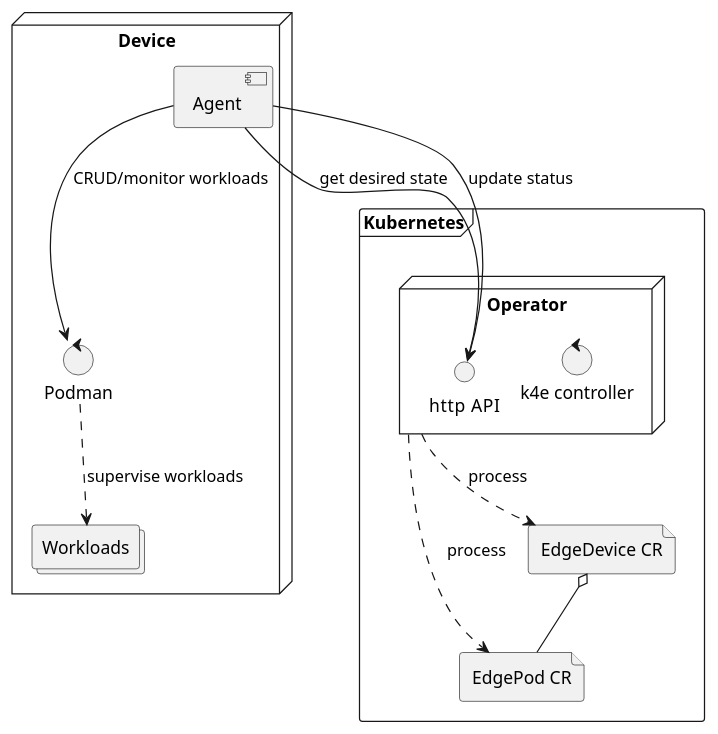
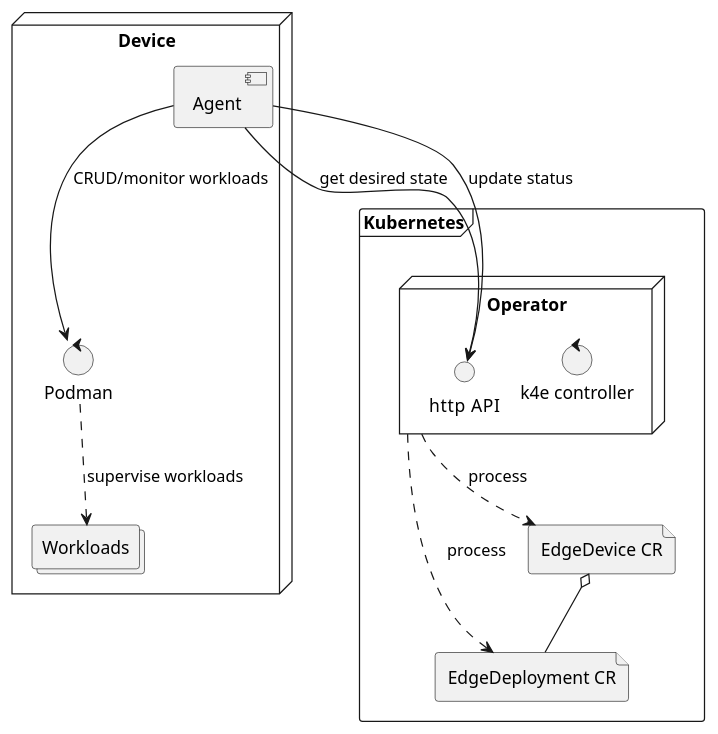
Before and after one commit to jakub-dzon/k4e-agent: the diagram in docs/diagrams/Deployment_HTTP.puml, drawn with PlantUML. The commit also changed 4 other files, not shown here.

Commit message:
Updated diagrams

```diff
--- a/docs/diagrams/Deployment_HTTP.puml
+++ b/docs/diagrams/Deployment_HTTP.puml
@@ -1,31 +1,31 @@
 @startuml
 'https://plantuml.com/deployment-diagram
 
 frame Kubernetes {
     node Operator {
       control "k4e controller" as controller
       interface "http  API" as operatorAPI
 
     }
-    file "EdgePod CR" as pod
+    file "EdgeDeployment CR" as deployment
     file "EdgeDevice CR" as deviceCR
 }
 
 node Device {
     component Agent
     control Podman
     collections Workloads
 }
-deviceCR o-- pod
+deviceCR o-- deployment
 
-Operator -[dashed]-> pod: process
+Operator -[dashed]-> deployment: process
 Operator -[dashed]-> deviceCR: process
 
 Agent --> operatorAPI: get desired state
 Agent --> operatorAPI: update status
 Agent --> Podman : CRUD/monitor workloads
 
 Podman -[dashed]-> Workloads: supervise workloads
 
 
 @enduml
```
